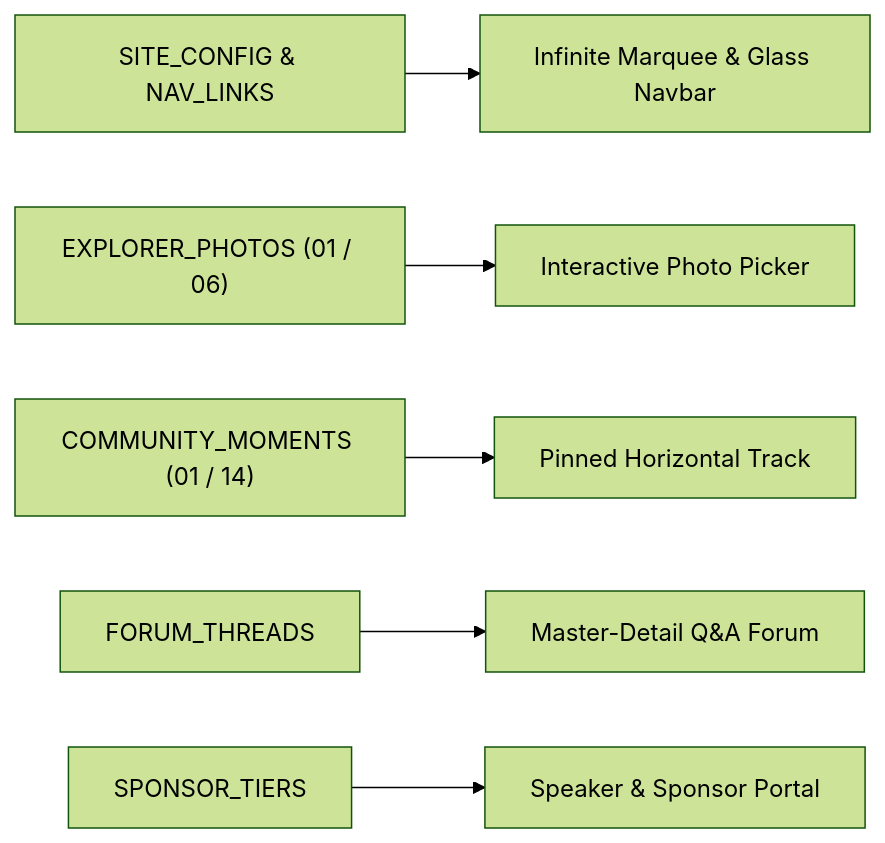
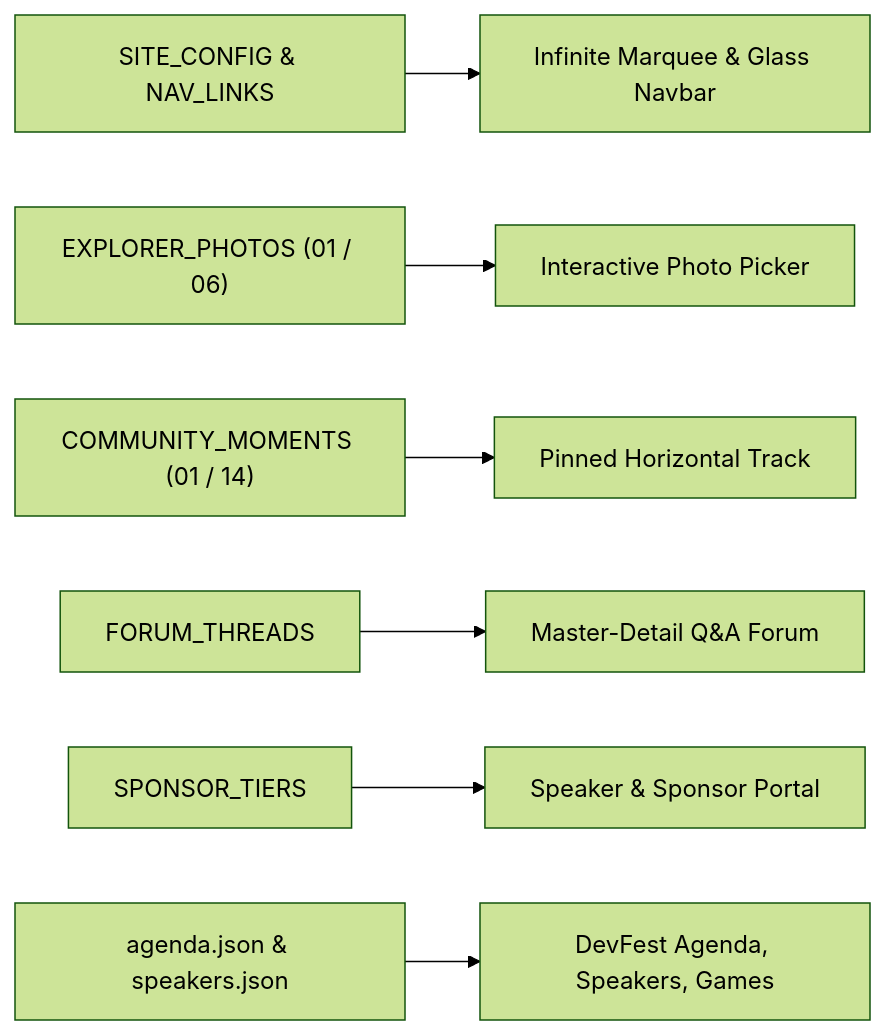
The third of 3 diagrams in README.md (cypherpheonix07-lang/AI-GEEKS), drawn with Mermaid (forest theme) before and after one commit. The commit also changed other lines of this file and 7 other files, not shown here.

Commit message:
feat: complete DevFest routes (speakers slug, tickets select, partner, profile, contact) and update README

````diff
--- a/README.md
+++ b/README.md
@@ -86,8 +118,9 @@
 ```mermaid
 flowchart LR
     Config["SITE_CONFIG & NAV_LINKS"] --> Navbar["Infinite Marquee & Glass Navbar"]
     Explorer["EXPLORER_PHOTOS (01 / 06)"] --> Picker["Interactive Photo Picker"]
     Moments["COMMUNITY_MOMENTS (01 / 14)"] --> Track["Pinned Horizontal Track"]
     Threads["FORUM_THREADS"] --> ForumView["Master-Detail Q&A Forum"]
     Tiers["SPONSOR_TIERS"] --> Onboarding["Speaker & Sponsor Portal"]
+    DevFestJSON["agenda.json & speakers.json"] --> DevFestViews["DevFest Agenda, Speakers, Games"]
 ```
````
